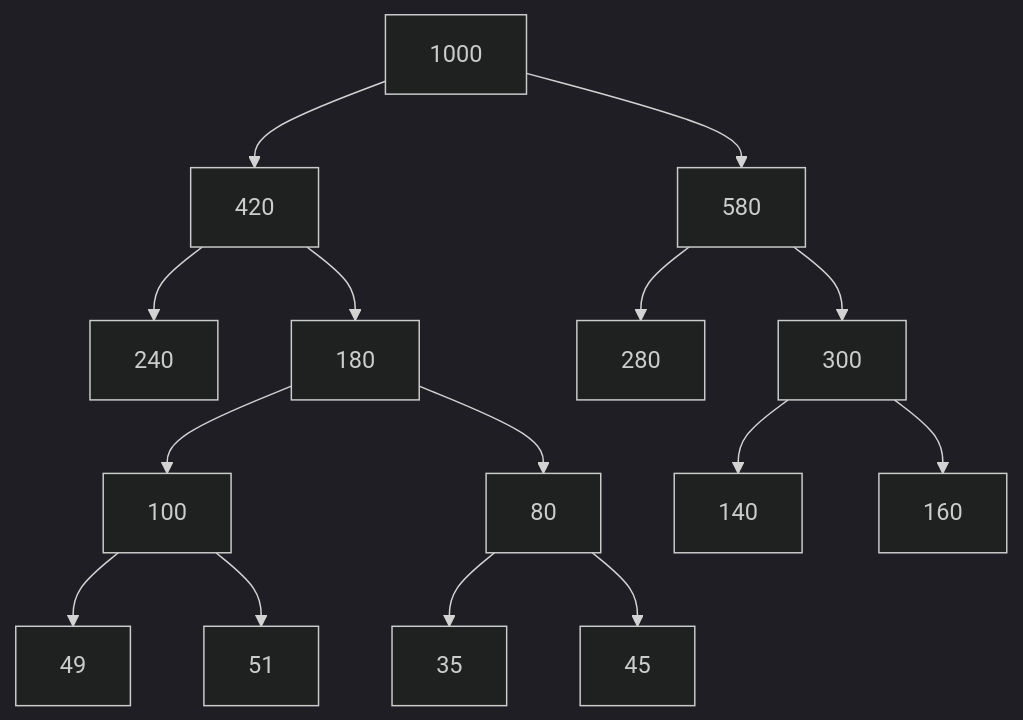
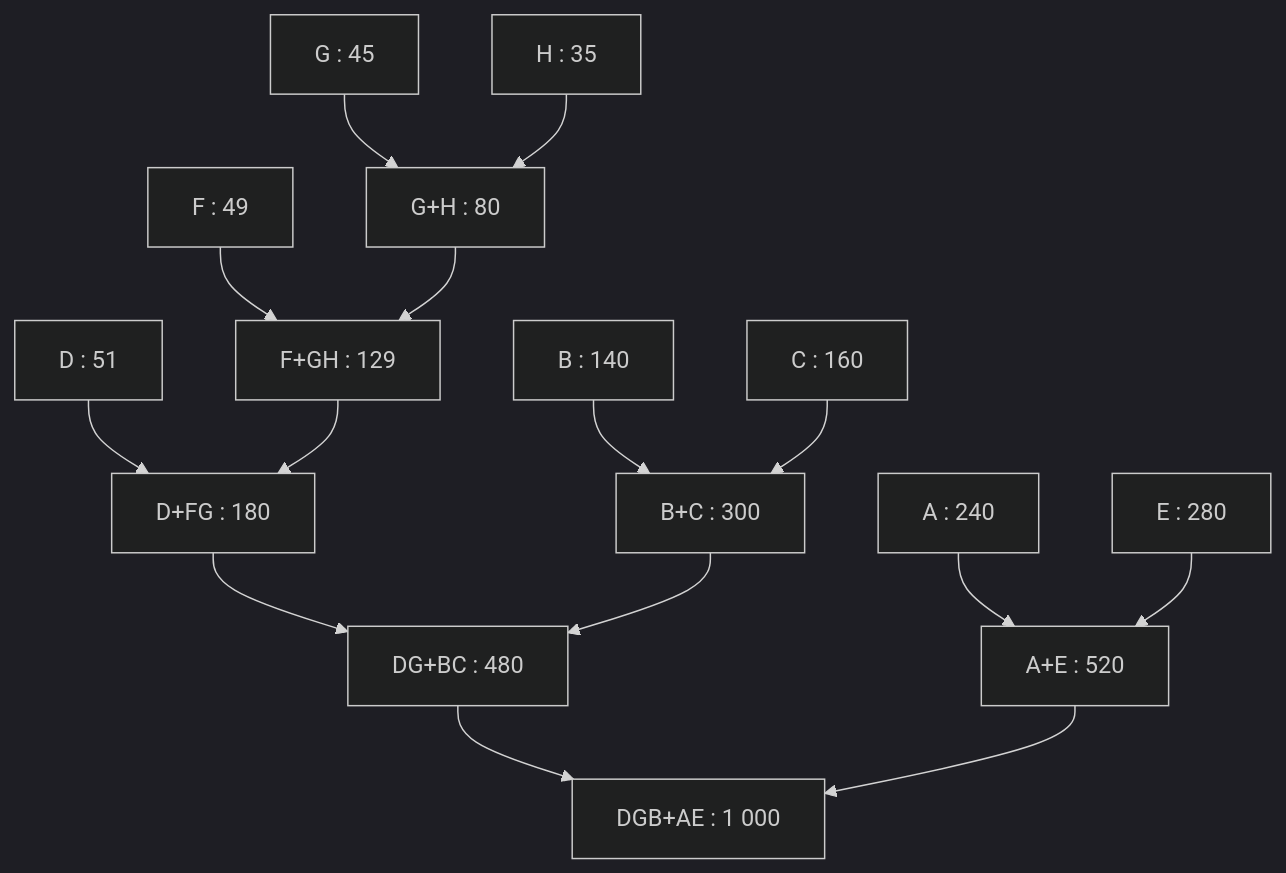
The diagram in Arbre/Marmotte/reponse.md (lololepro17/Cours-TNSI), drawn with Mermaid (dark theme) before and after one commit. The commit also changed other lines of this file, not shown here.

````diff
--- a/Arbre/Marmotte/reponse.md
+++ b/Arbre/Marmotte/reponse.md
@@ -111,18 +115,17 @@
 ```mermaid
-graph TD;
-    root[1000]
-    root --> node420[420]
-    root --> node580[580]
-    node420 --> A[240]
-    node420 --> node180[180]
-    node180 --> node100[100]
-    node180 --> node80[80]
-    node100 --> F[49]
-    node100 --> D[51]
-    node80 --> H[35]
-    node80 --> G[45]
-    node580 --> E[280]
-    node580 --> node300[300]
-    node300 --> B[140]
-    node300 --> C[160]
+graph TD
+    G["G : 45"] --> GH["G+H : 80"]
+    H["H : 35"] --> GH
+    F["F : 49"] --> FG["F+GH : 129"]
+    GH --> FG
+    D["D : 51"] --> DG["D+FG : 180"]
+    FG --> DG
+    B["B : 140"] --> BC["B+C : 300"]
+    C["C : 160"] --> BC
+    A["A : 240"] --> AE["A+E : 520"]
+    E["E : 280"] --> AE
+    DG --> DGB["DG+BC : 480"]
+    BC --> DGB
+    DGB --> Final["DGB+AE : 1 000"]
+    AE --> Final
 ```
````
